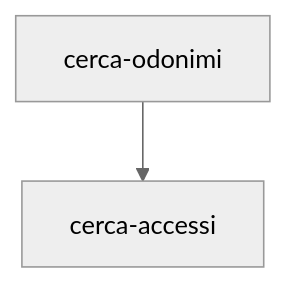
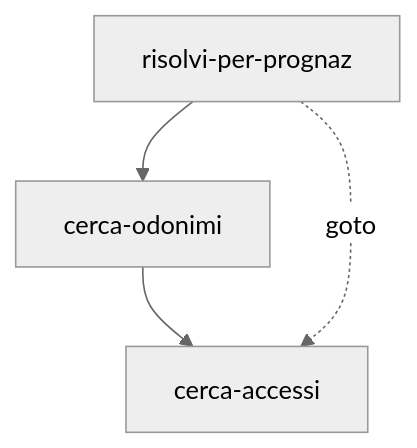
Before and after one commit to anncsu-open/anncsu-workflow-api: the eighth of 9 diagrams in docs/workflows.md, drawn with Mermaid (neutral theme). The commit also changed other lines of this file and 16 other files, not shown here.

````diff
--- a/docs/workflows.md
+++ b/docs/workflows.md
@@ -248,6 +248,9 @@
 ```mermaid
 graph TD
+  risolvi_per_prognaz["risolvi-per-prognaz"]
   cerca_odonimi["cerca-odonimi"]
   cerca_accessi["cerca-accessi"]
+  risolvi_per_prognaz --> cerca_odonimi
   cerca_odonimi --> cerca_accessi
+  risolvi_per_prognaz -. goto .-> cerca_accessi
 ```
````
